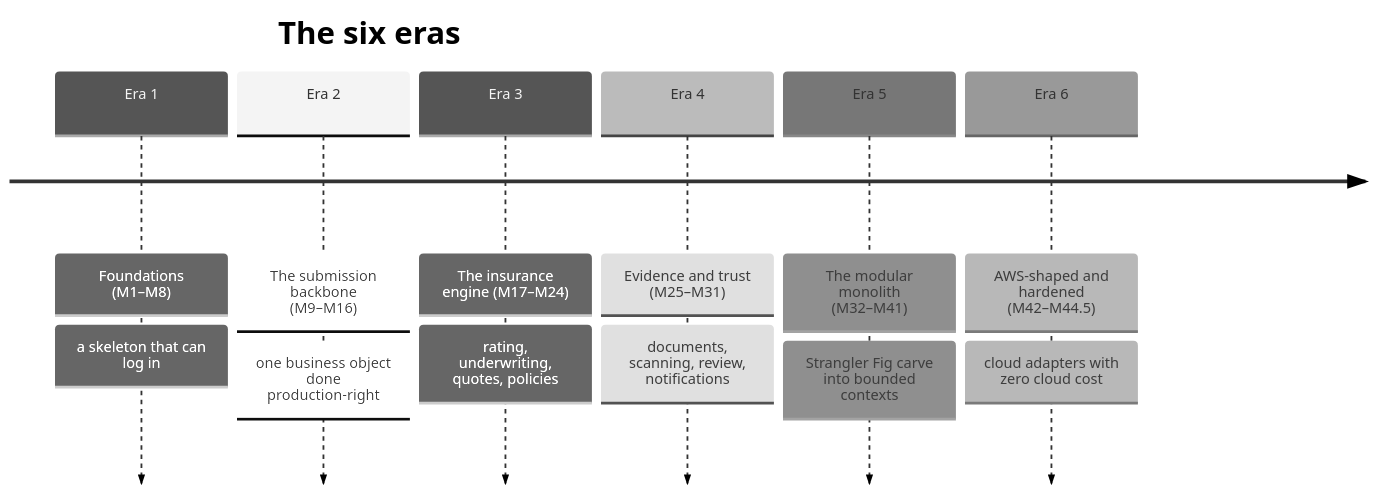
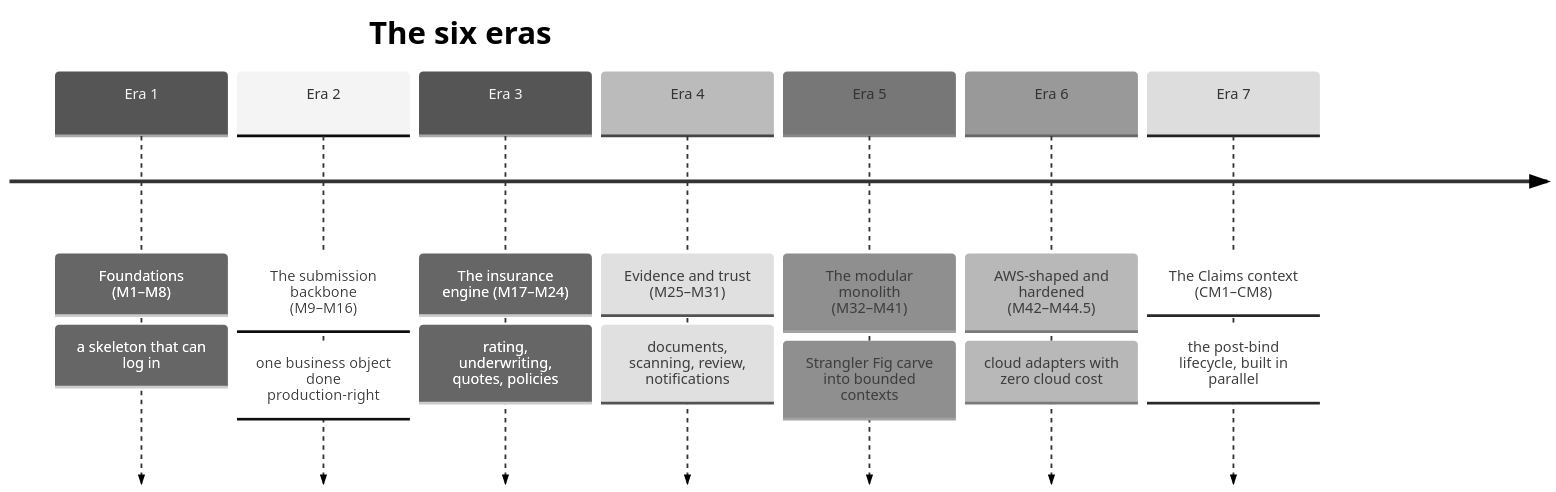
Before and after one commit to paulbuer08/LIAnsureProtect: the first of 6 diagrams in docs/build-history.md, drawn with Mermaid (neutral theme). The commit also changed other lines of this file and 156 other files, not shown here.

First line of the commit message:
Claims Bounded Context (CM1-CM8) - Phase 3 (#56)

````diff
--- a/docs/build-history.md
+++ b/docs/build-history.md
@@ -13,10 +13,11 @@
 ```mermaid
 timeline
     title The six eras
     Era 1 : Foundations (M1–M8) : a skeleton that can log in
     Era 2 : The submission backbone (M9–M16) : one business object done production-right
     Era 3 : The insurance engine (M17–M24) : rating, underwriting, quotes, policies
     Era 4 : Evidence and trust (M25–M31) : documents, scanning, review, notifications
     Era 5 : The modular monolith (M32–M41) : Strangler Fig carve into bounded contexts
     Era 6 : AWS-shaped and hardened (M42–M44.5) : cloud adapters with zero cloud cost
+    Era 7 : The Claims context (CM1–CM8) : the post-bind lifecycle, built in parallel
 ```
````
